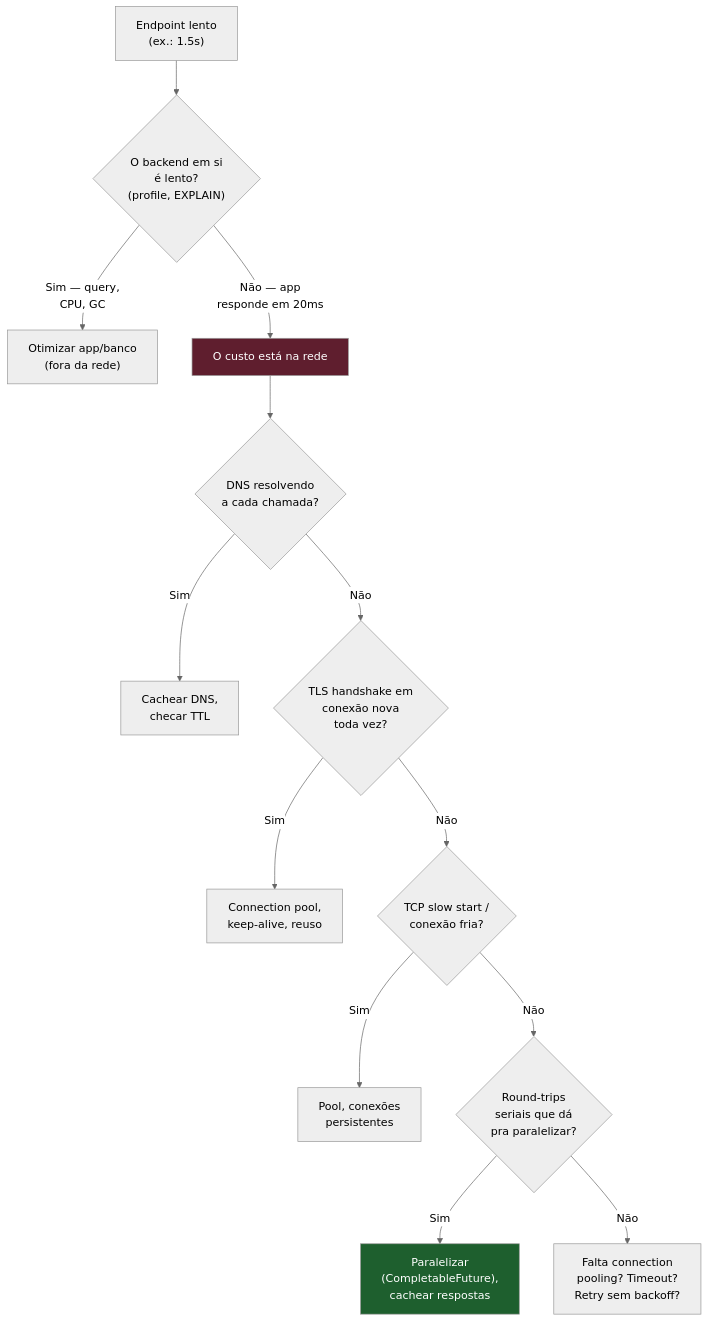
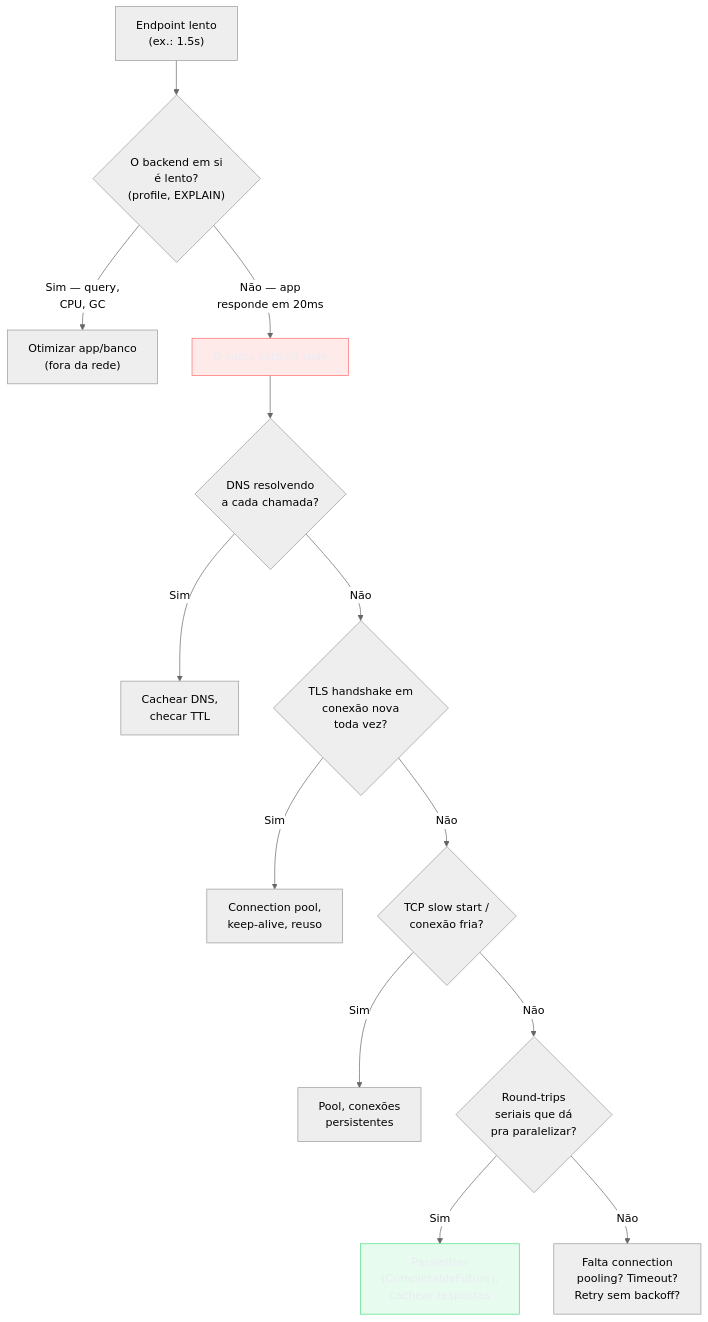
One commit to josenaldo/codex-technomanticus changed the second of 4 diagrams in 03-Dominios/Ciência/Redes e Protocolos/15 - Redes em entrevista.md. Above: the diagram before and after it, drawn with Mermaid (neutral theme). The commit also changed other lines of this file and 1181 other files, not shown here.

First line of the commit message:
fix(diagramas): paleta do sistema no lugar de cor cravada no markdown

````diff
--- a/03-Dominios/Ciência/Redes e Protocolos/15 - Redes em entrevista.md
+++ b/03-Dominios/Ciência/Redes e Protocolos/15 - Redes em entrevista.md
@@ -66,19 +68,21 @@
 ```mermaid
 flowchart TD
+    classDef falha fill:#FF6B6B24,stroke:#FF6B6B,color:#E9ECF2
+    classDef ok fill:#4ADE8021,stroke:#4ADE80,color:#E9ECF2
     LENTO["Endpoint lento<br/>(ex.: 1.5s)"] --> APP{"O backend em si<br/>é lento?<br/>(profile, EXPLAIN)"}
     APP -->|"Sim — query,<br/>CPU, GC"| FIXAPP["Otimizar app/banco<br/>(fora da rede)"]
     APP -->|"Não — app<br/>responde em 20ms"| REDE["O custo está na rede"]
 
     REDE --> DNS{"DNS resolvendo<br/>a cada chamada?"}
     DNS -->|Sim| FIXDNS["Cachear DNS,<br/>checar TTL"]
     DNS -->|Não| TLS{"TLS handshake em<br/>conexão nova<br/>toda vez?"}
     TLS -->|Sim| FIXTLS["Connection pool,<br/>keep-alive, reuso"]
     TLS -->|Não| TCP{"TCP slow start /<br/>conexão fria?"}
     TCP -->|Sim| FIXTCP["Pool, conexões<br/>persistentes"]
     TCP -->|Não| SERIAL{"Round-trips<br/>seriais que dá<br/>pra paralelizar?"}
     SERIAL -->|Sim| FIXPAR["Paralelizar<br/>(CompletableFuture),<br/>cachear respostas"]
     SERIAL -->|Não| POOL["Falta connection<br/>pooling? Timeout?<br/>Retry sem backoff?"]
 
-    style REDE fill:#5f1e2e,color:#fff
-    style FIXPAR fill:#1e5f2e,color:#fff
+    class REDE falha
+    class FIXPAR ok
 ```
````
